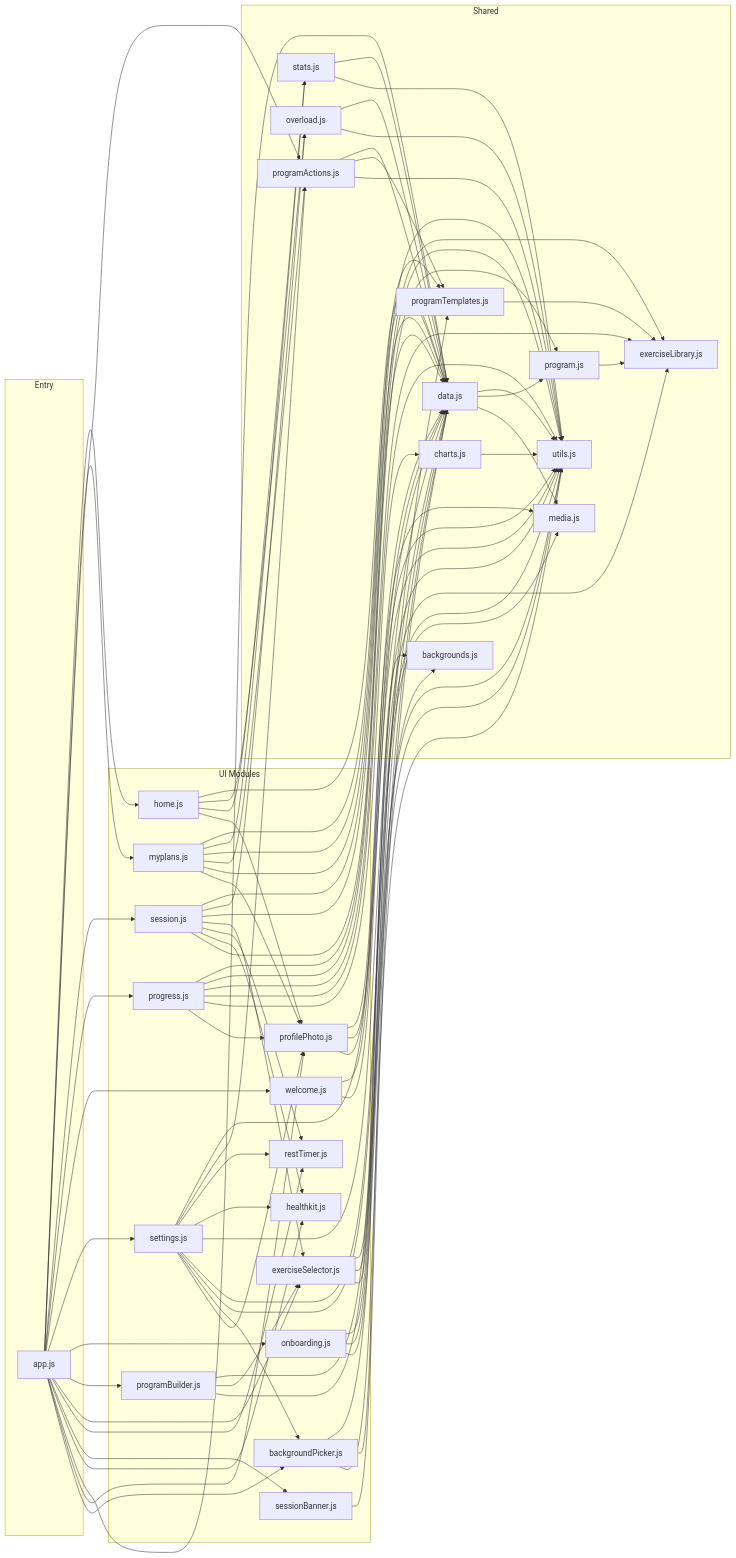
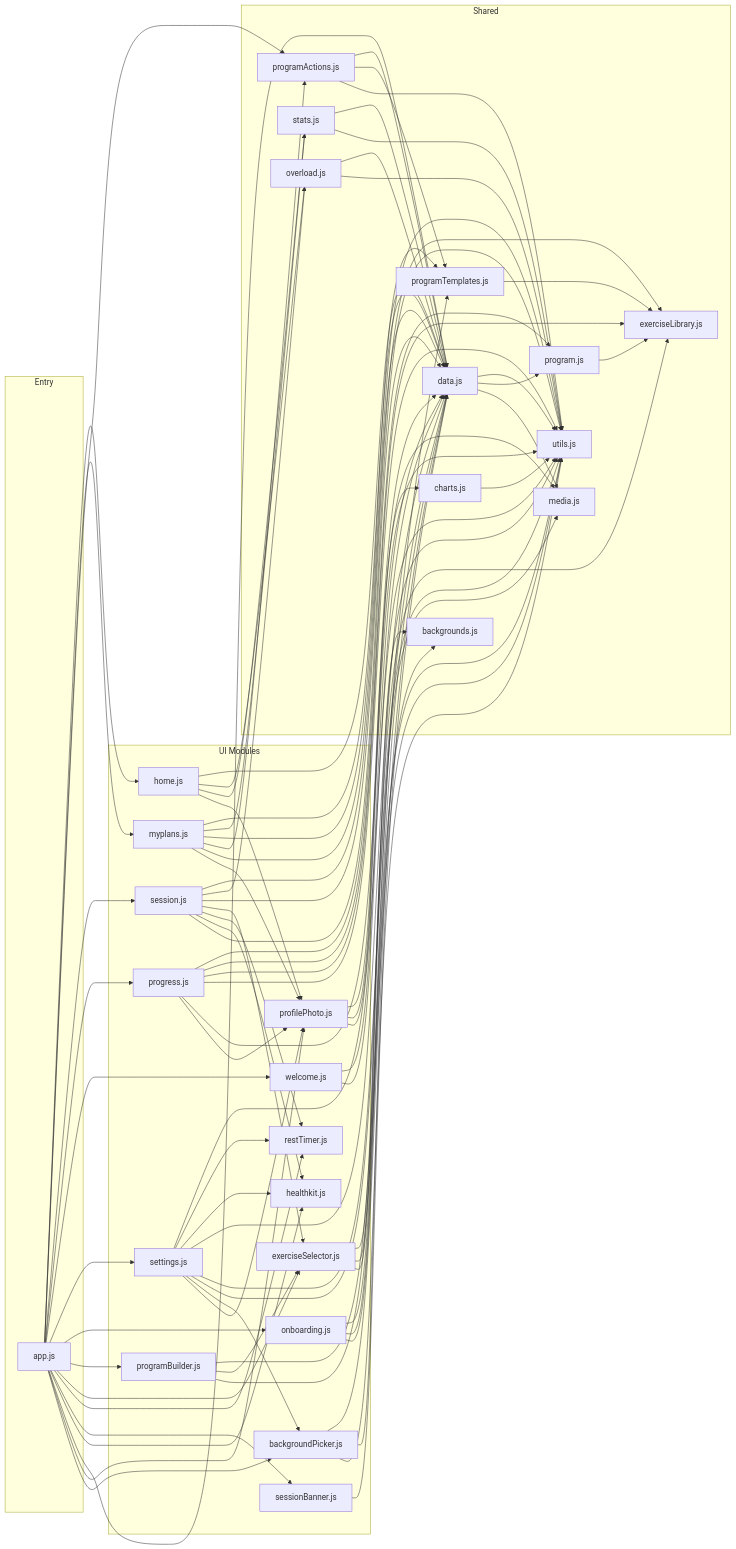
One commit to reidrussell-alt/plate-log changed the second of 8 diagrams in ARCHITECTURE.md. Above: the diagram before and after it, drawn with Mermaid. The commit also changed other lines of this file and 3 other files, not shown here.

First line of the commit message:
Refactor: remove settings.js re-export of program actions (REFACTOR_PLAN 3.4)

```diff
--- a/ARCHITECTURE.md
+++ b/ARCHITECTURE.md
@@ -173,7 +173,6 @@
     welcome.js --> utils.js
 
     settings.js --> data.js
-    settings.js --> programActions.js
     settings.js --> restTimer.js
     settings.js --> healthkit.js
     settings.js --> utils.js
```
